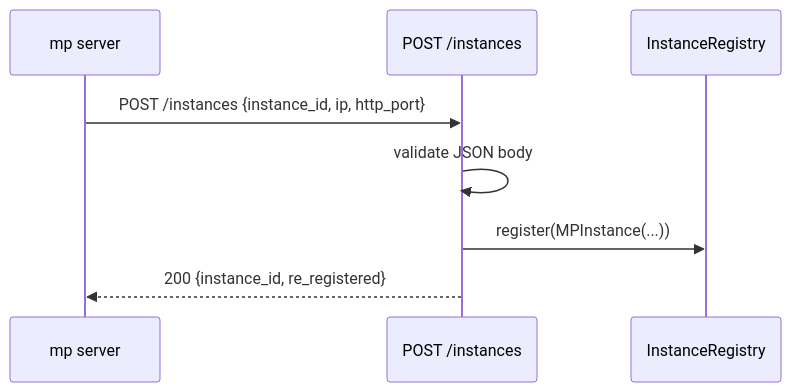
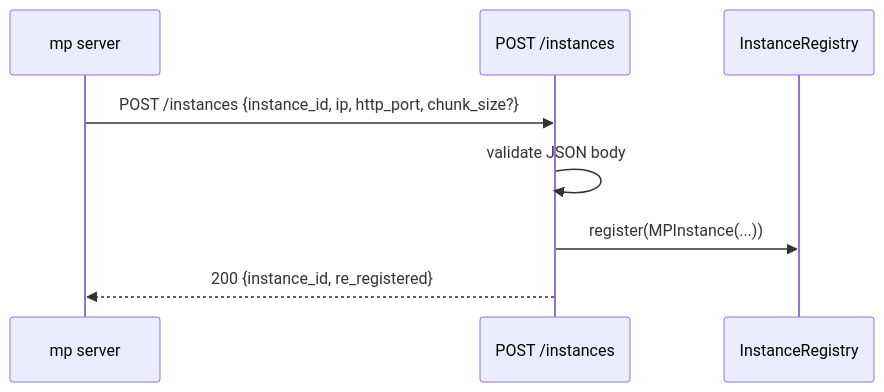
Before and after one commit to LMCache/LMCache: the first of 2 diagrams in docs/design/v1/mp_coordinator/README.md, drawn with Mermaid. The commit also changed other lines of this file and 14 other files, not shown here.

Commit message:
fix(coordinator): bind negotiated chunk size

````diff
--- a/docs/design/v1/mp_coordinator/README.md
+++ b/docs/design/v1/mp_coordinator/README.md
@@ -104,11 +105,11 @@
 ```mermaid
 sequenceDiagram
     participant C as mp server
     participant API as POST /instances
     participant Reg as InstanceRegistry
 
-    C->>API: POST /instances {instance_id, ip, http_port}
+    C->>API: POST /instances {instance_id, ip, http_port, chunk_size?}
     API->>API: validate JSON body
     API->>Reg: register(MPInstance(...))
     API-->>C: 200 {instance_id, re_registered}
 ```
````
